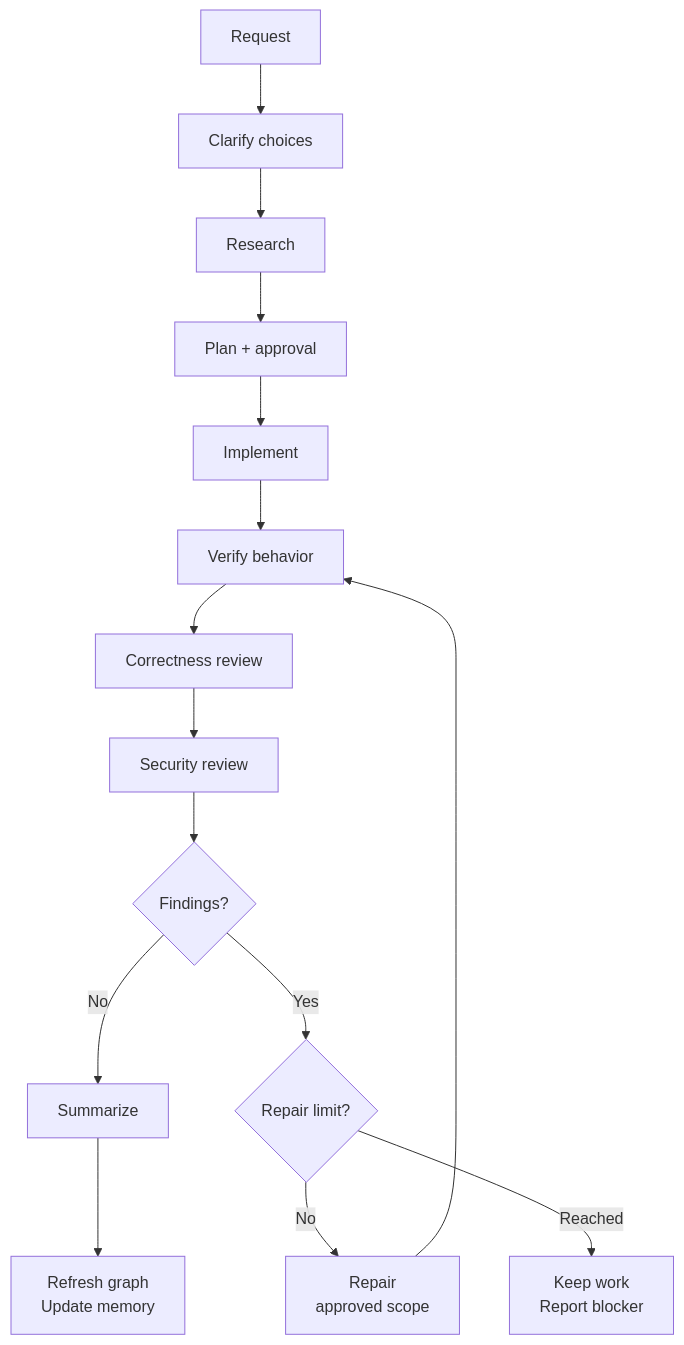
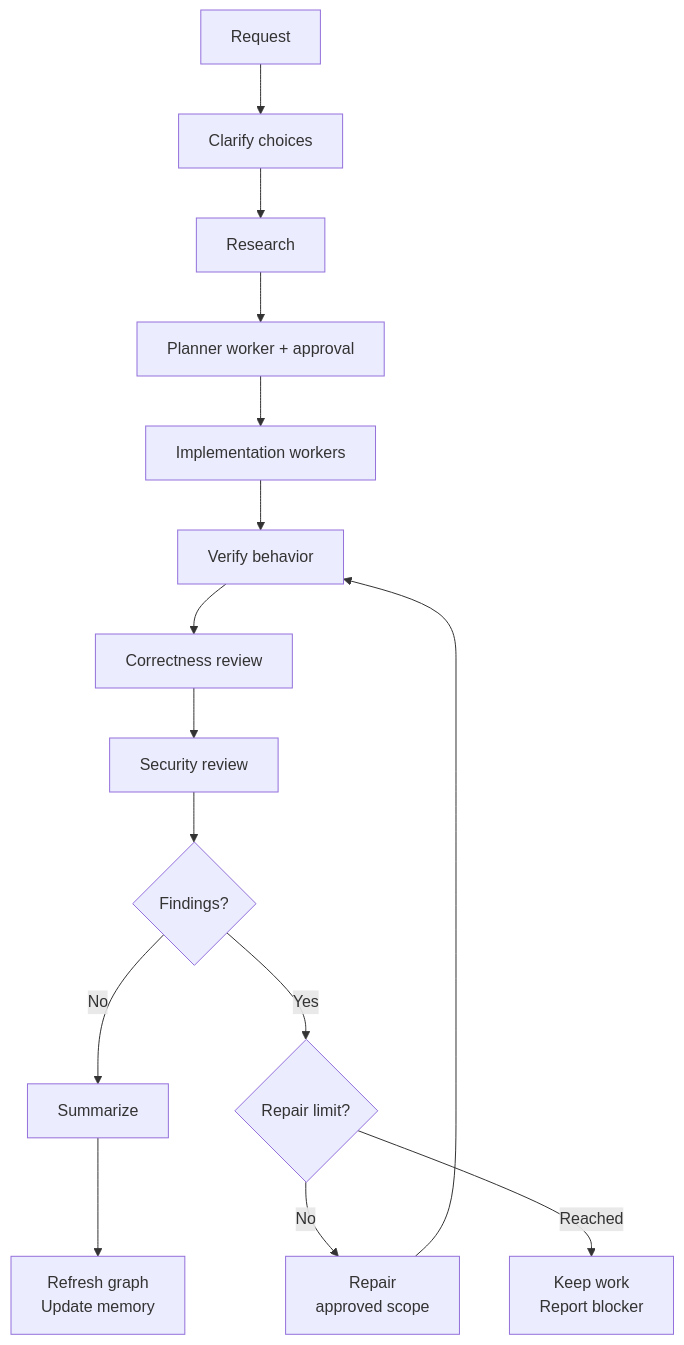
One commit to MSpiechowicz/harness-useful-skills changed the first of 2 diagrams in Readme.MD. Above: the diagram before and after it, drawn with Mermaid. The commit also changed other lines of this file and 6 other files, not shown here.

Commit message:
fix(workflow): dispatch native planner and implementation agents (#11)

````diff
--- a/Readme.MD
+++ b/Readme.MD
@@ -40,17 +40,17 @@
 ```mermaid
 flowchart TD
     request["Request"] --> clarify["Clarify choices"]
     clarify --> research["Research"]
-    research --> plan["Plan + approval"]
-    plan --> implement["Implement"]
+    research --> plan["Planner worker + approval"]
+    plan --> implement["Implementation workers"]
     implement --> verify["Verify behavior"]
     verify --> correctness["Correctness review"]
     correctness --> security["Security review"]
     security --> outcome{"Findings?"}
     outcome -->|No| summary["Summarize"]
     summary --> memory["Refresh graph<br/>Update memory"]
     outcome -->|Yes| limit{"Repair limit?"}
     limit -->|No| repair["Repair<br/>approved scope"]
     repair --> verify
     limit -->|Reached| blocked["Keep work<br/>Report blocker"]
 ```
````
